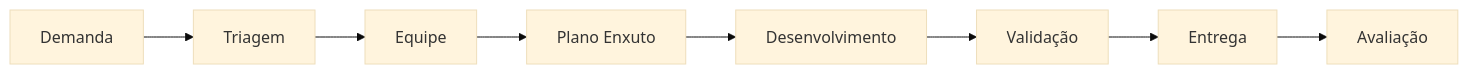
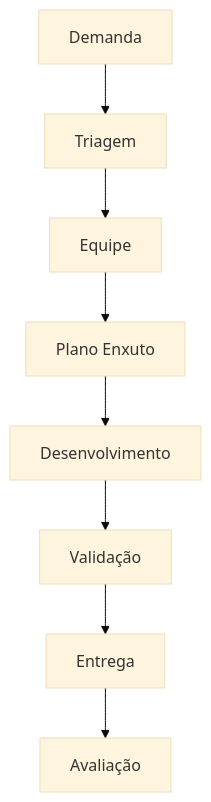
The seventh of 7 diagrams in README.md (monteiro74/integratech-sinop), drawn with Mermaid (base theme) before and after one commit.

````diff
--- a/README.md
+++ b/README.md
@@ -664,10 +664,10 @@
 ```mermaid
-flowchart LR
+flowchart 
     A[Demanda] --> B[Triagem]
     B --> C[Equipe]
     C --> D[Plano Enxuto]
     D --> E[Desenvolvimento]
     E --> F[Validação]
     F --> G[Entrega]
     G --> H[Avaliação]
 ```
````
